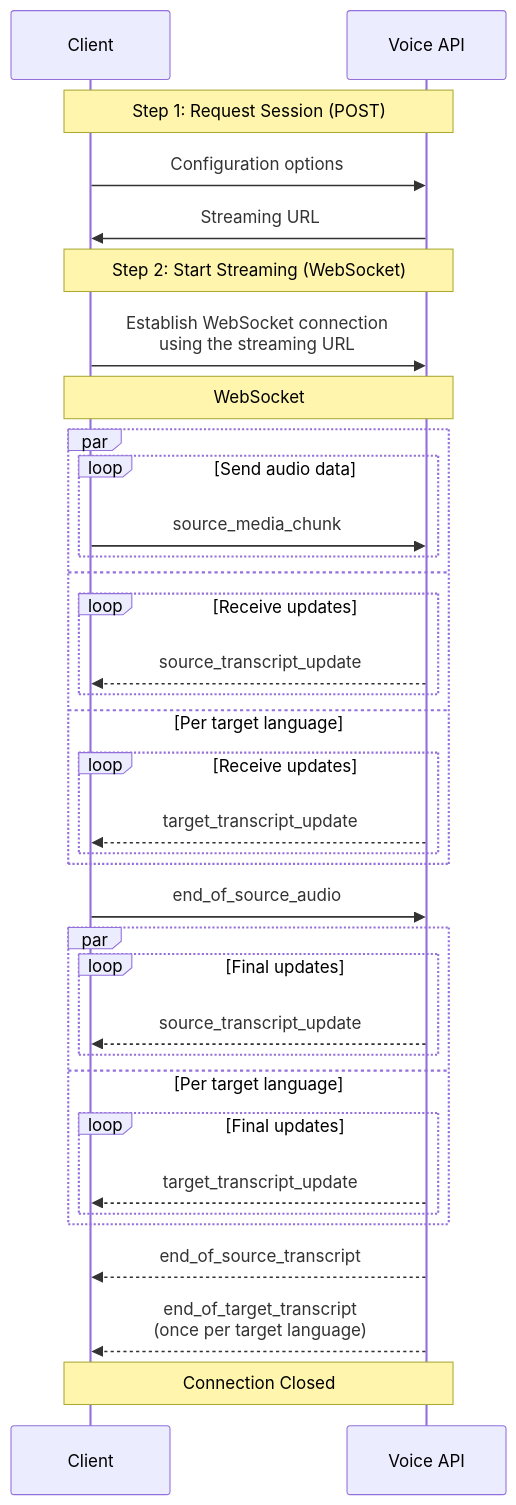
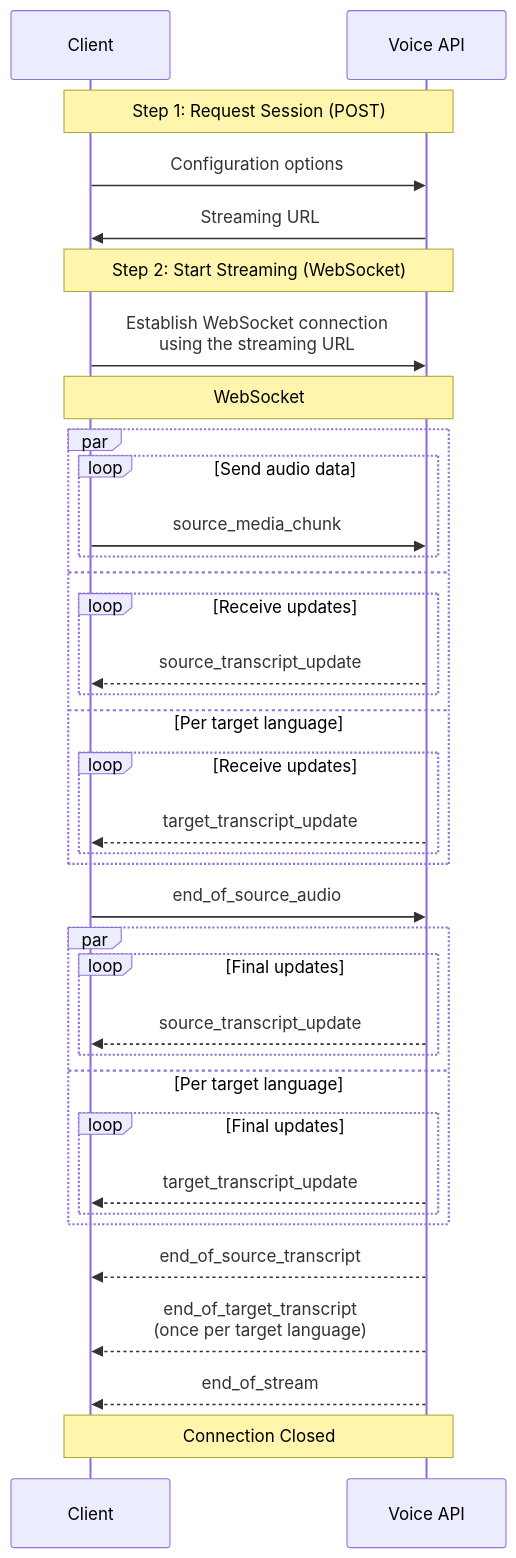
Before and after one commit to DeepLcom/api-docs: the diagram in api-reference/voice.mdx, drawn with Mermaid. The commit also changed 1 other file, not shown here.

Commit message:
papi-voice: introduce end_of_stream message

````diff
--- a/api-reference/voice.mdx
+++ b/api-reference/voice.mdx
@@ -164,48 +164,50 @@
 ```mermaid
 sequenceDiagram
     participant Client
     participant Voice API
 
     Note over Client,Voice API: Step 1: Request Session (POST)
 
     Client->>Voice API: Configuration options
     Voice API->>Client: Streaming URL
 
     Note over Client,Voice API: Step 2: Start Streaming (WebSocket)
 
     Client->>Voice API: Establish WebSocket connection<br>using the streaming URL
 
     Note over Client,Voice API: WebSocket
 
     par 
       loop Send audio data
         Client->>Voice API: source_media_chunk
       end
     and 
       loop Receive updates
         Voice API-->>Client: source_transcript_update
       end
     and Per target language
       loop Receive updates
         Voice API-->>Client: target_transcript_update
       end
     end
 
     Client->>Voice API: end_of_source_audio
 
     par
       loop Final updates
         Voice API-->>Client: source_transcript_update
       end
     and Per target language
       loop Final updates
         Voice API-->>Client: target_transcript_update
       end
     end
 
     Voice API-->>Client: end_of_source_transcript
 
     Voice API-->>Client: end_of_target_transcript<br>(once per target language)
 
+    Voice API-->>Client: end_of_stream
+
     Note over Client,Voice API: Connection Closed
 ```
````
